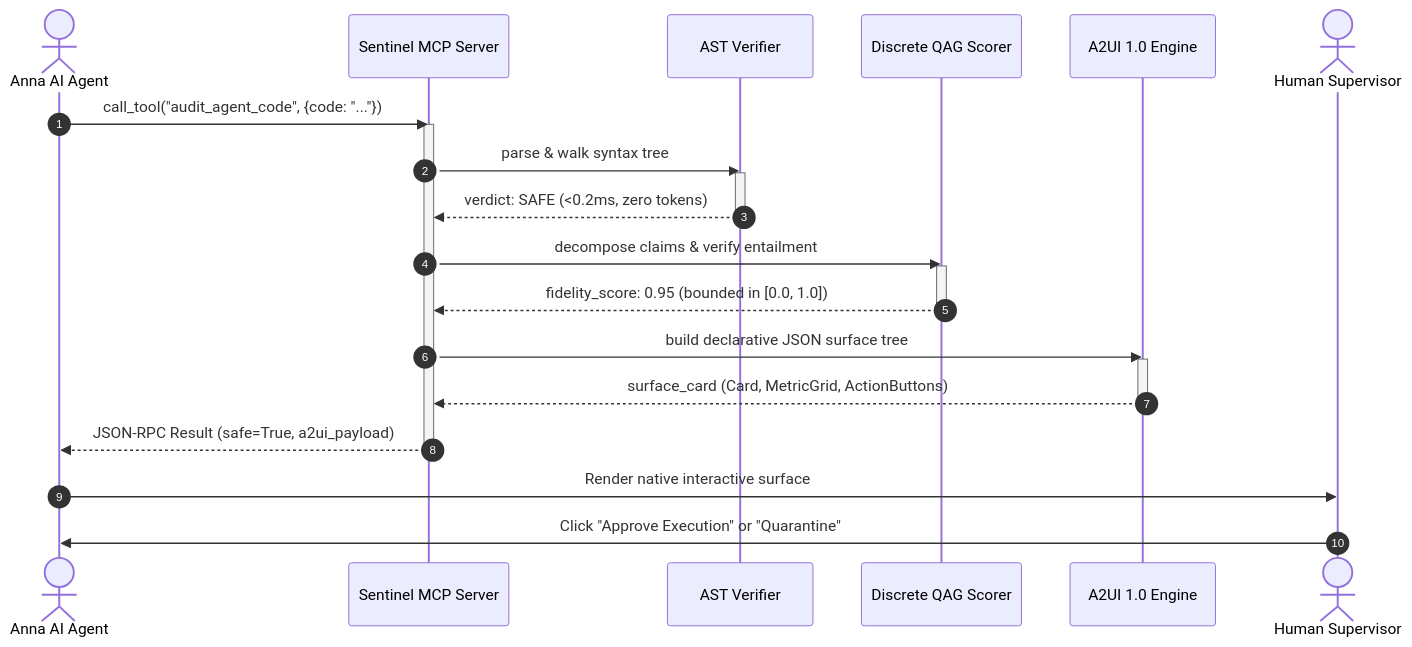
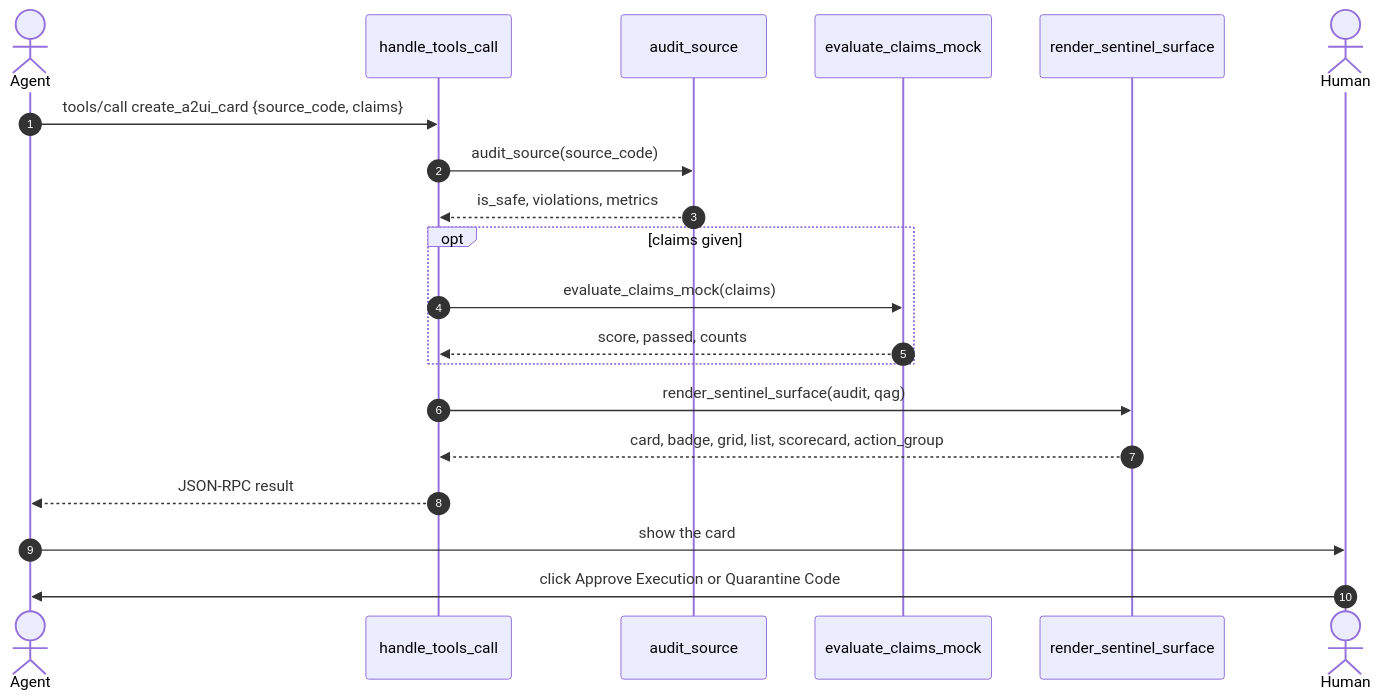
Before and after one commit to manderson240/anna-sentinel-mcp-app: the second of 3 diagrams in README.md, drawn with Mermaid. The commit also changed other lines of this file and 2 other files, not shown here.

````diff
--- a/README.md
+++ b/README.md
@@ -82,33 +122,23 @@
 ```mermaid
 sequenceDiagram
     autonumber
-    actor Agent as Anna AI Agent
-    participant MCP as Sentinel MCP Server
-    participant AST as AST Verifier
-    participant QAG as Discrete QAG Scorer
-    participant A2UI as A2UI 1.0 Engine
-    actor Human as Human Supervisor
+    actor Agent
+    participant Server as handle_tools_call
+    participant AST as audit_source
+    participant QAG as evaluate_claims_mock
+    participant UI as render_sentinel_surface
+    actor Human
 
-    Agent->>MCP: call_tool("audit_agent_code", {code: "..."})
-    activate MCP
-    MCP->>AST: parse & walk syntax tree
-    activate AST
-    AST-->>MCP: verdict: SAFE (<0.2ms, zero tokens)
-    deactivate AST
-
-    MCP->>QAG: decompose claims & verify entailment
-    activate QAG
-    QAG-->>MCP: fidelity_score: 0.95 (bounded in [0.0, 1.0])
-    deactivate QAG
-
-    MCP->>A2UI: build declarative JSON surface tree
-    activate A2UI
-    A2UI-->>MCP: surface_card (Card, MetricGrid, ActionButtons)
-    deactivate A2UI
-
-    MCP-->>Agent: JSON-RPC Result (safe=True, a2ui_payload)
-    deactivate MCP
-
-    Agent->>Human: Render native interactive surface
-    Human->>Agent: Click "Approve Execution" or "Quarantine"
+    Agent->>Server: tools/call create_a2ui_card {source_code, claims}
+    Server->>AST: audit_source(source_code)
+    AST-->>Server: is_safe, violations, metrics
+    opt claims given
+        Server->>QAG: evaluate_claims_mock(claims)
+        QAG-->>Server: score, passed, counts
+    end
+    Server->>UI: render_sentinel_surface(audit, qag)
+    UI-->>Server: card, badge, grid, list, scorecard, action_group
+    Server-->>Agent: JSON-RPC result
+    Agent->>Human: show the card
+    Human->>Agent: click Approve Execution or Quarantine Code
 ```
````
